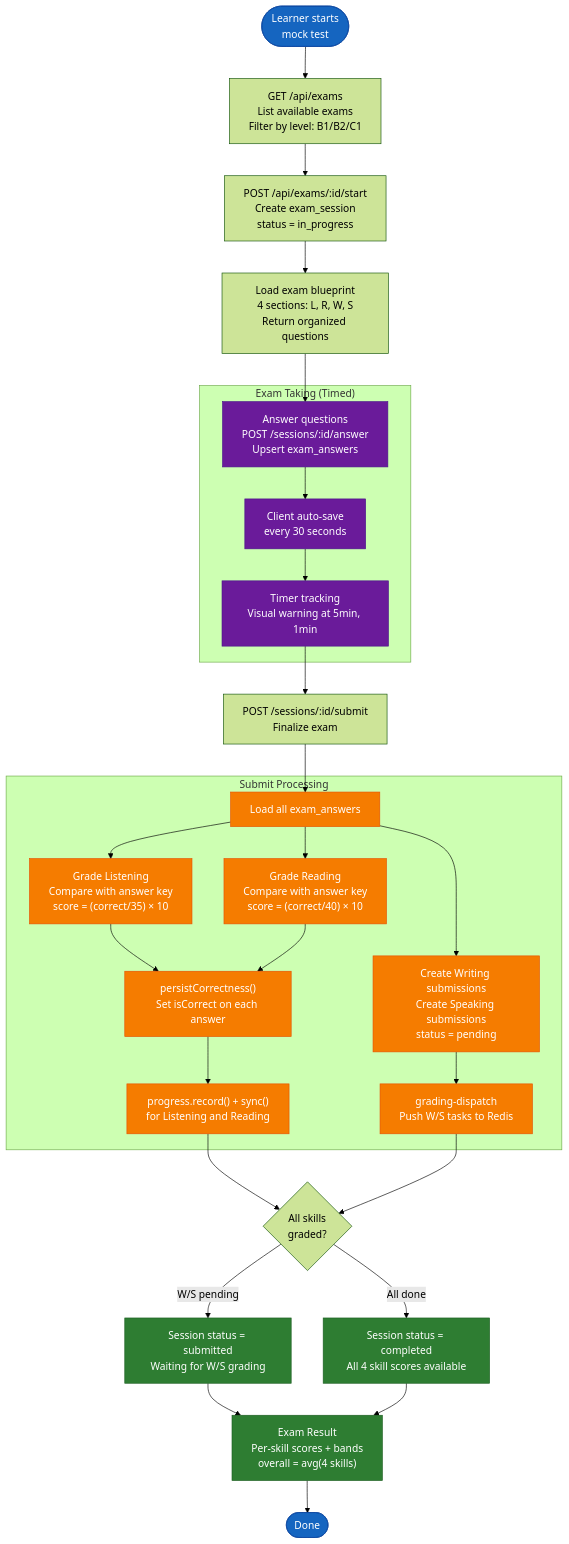
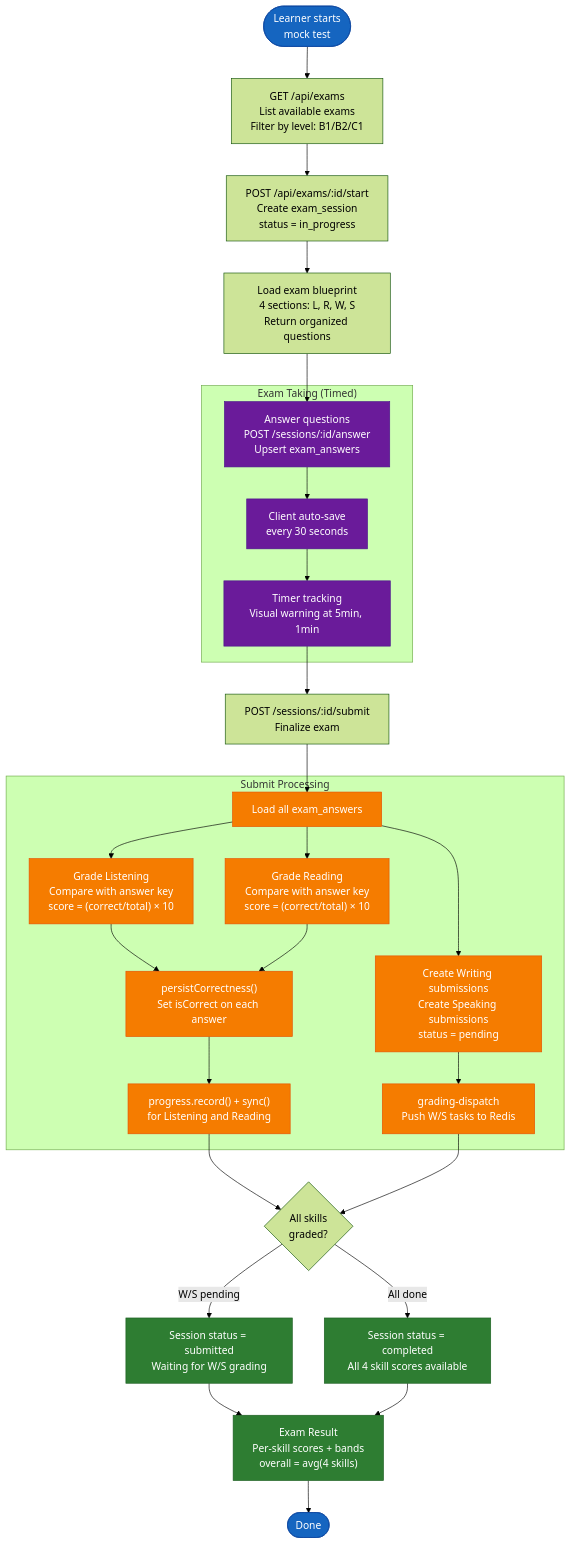
Diagram 12 of 16 in docs/capstone/reports/ENG/report3-software-requirement-specification.md (nghyane/VSTEP), drawn with Mermaid (forest theme) before and after one commit. The commit also changed other lines of this file and 1 other file, not shown here.

Commit message:
docs: align report 3 with current architecture

````diff
--- a/docs/capstone/reports/ENG/report3-software-requirement-specification.md
+++ b/docs/capstone/reports/ENG/report3-software-requirement-specification.md
@@ -1479,64 +1464,64 @@
 ```mermaid
 flowchart TB
     Start(["Learner starts<br/>mock test"])
 
     ListExams["GET /api/exams<br/>List available exams<br/>Filter by level: B1/B2/C1"]
     StartSession["POST /api/exams/:id/start<br/>Create exam_session<br/>status = in_progress"]
     LoadQuestions["Load exam blueprint<br/>4 sections: L, R, W, S<br/>Return organized questions"]
 
     subgraph ExamTaking ["Exam Taking (Timed)"]
         Answer["Answer questions<br/>POST /sessions/:id/answer<br/>Upsert exam_answers"]
         AutoSave["Client auto-save<br/>every 30 seconds"]
         Timer["Timer tracking<br/>Visual warning at 5min, 1min"]
     end
 
     Submit["POST /sessions/:id/submit<br/>Finalize exam"]
 
     subgraph SubmitProcessing ["Submit Processing"]
         LoadAnswers["Load all exam_answers"]
-        GradeListening["Grade Listening<br/>Compare with answer key<br/>score = (correct/35) × 10"]
-        GradeReading["Grade Reading<br/>Compare with answer key<br/>score = (correct/40) × 10"]
+        GradeListening["Grade Listening<br/>Compare with answer key<br/>score = (correct/total) × 10"]
+        GradeReading["Grade Reading<br/>Compare with answer key<br/>score = (correct/total) × 10"]
         PersistCorrect["persistCorrectness()<br/>Set isCorrect on each answer"]
         CreateWSubs["Create Writing submissions<br/>Create Speaking submissions<br/>status = pending"]
         DispatchWS["grading-dispatch<br/>Push W/S tasks to Redis"]
         RecordLR["progress.record() + sync()<br/>for Listening and Reading"]
     end
 
     CheckAll{"All skills<br/>graded?"}
     Submitted["Session status = submitted<br/>Waiting for W/S grading"]
     Completed["Session status = completed<br/>All 4 skill scores available"]
     Result["Exam Result<br/>Per-skill scores + bands<br/>overall = avg(4 skills)"]
     End(["Done"])
 
     Start --> ListExams --> StartSession --> LoadQuestions
     LoadQuestions --> Answer
     Answer --> AutoSave
     AutoSave --> Timer
     Timer --> Submit
 
     Submit --> LoadAnswers
     LoadAnswers --> GradeListening
     LoadAnswers --> GradeReading
     GradeListening --> PersistCorrect
     GradeReading --> PersistCorrect
     PersistCorrect --> RecordLR
     LoadAnswers --> CreateWSubs --> DispatchWS
 
     RecordLR --> CheckAll
     DispatchWS --> CheckAll
     CheckAll -->|"W/S pending"| Submitted
     CheckAll -->|"All done"| Completed
     Submitted --> Result
     Completed --> Result
     Result --> End
 
     classDef start fill:#1565c0,stroke:#0d47a1,color:#fff
     classDef exam fill:#6a1b9a,stroke:#4a148c,color:#fff
     classDef process fill:#f57c00,stroke:#e65100,color:#fff
     classDef result fill:#2e7d32,stroke:#1b5e20,color:#fff
 
     class Start,End start
     class Answer,AutoSave,Timer exam
     class LoadAnswers,GradeListening,GradeReading,PersistCorrect,CreateWSubs,DispatchWS,RecordLR process
     class Submitted,Completed,Result result
 ```
````
